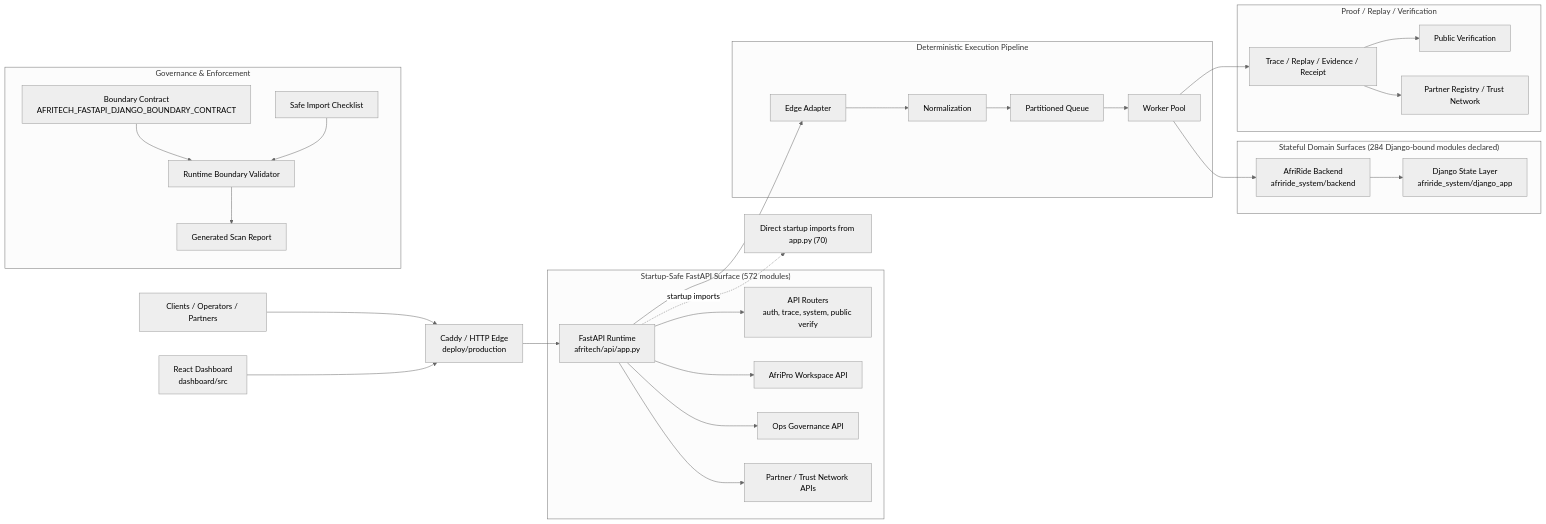
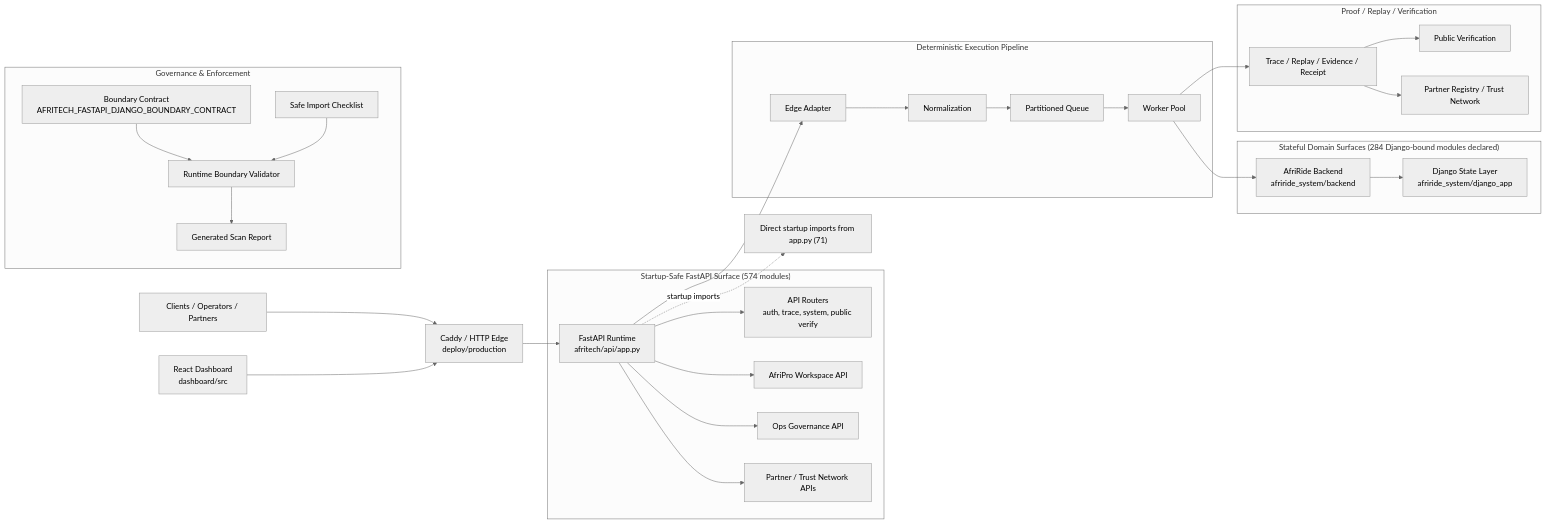
The first of 2 diagrams in docs/architecture/AFRITECH_FULL_ARCHITECTURE_GRAPH.md (Strelly2023/afritelematics), drawn with Mermaid (neutral theme) before and after one commit. The commit also changed other lines of this file and 12 other files, not shown here.

````diff
--- a/docs/architecture/AFRITECH_FULL_ARCHITECTURE_GRAPH.md
+++ b/docs/architecture/AFRITECH_FULL_ARCHITECTURE_GRAPH.md
@@ -22,39 +22,39 @@
 ```mermaid
 flowchart LR
     Client["Clients / Operators / Partners"] --> Edge["Caddy / HTTP Edge\ndeploy/production"]
     Dashboard["React Dashboard\ndashboard/src"] --> Edge
     Edge --> App["FastAPI Runtime\nafritech/api/app.py"]
 
-    subgraph FastAPI["Startup-Safe FastAPI Surface (572 modules)"]
+    subgraph FastAPI["Startup-Safe FastAPI Surface (574 modules)"]
         App --> Api["API Routers\nauth, trace, system, public verify"]
         App --> Workspace["AfriPro Workspace API"]
         App --> Governance["Ops Governance API"]
         App --> Trust["Partner / Trust Network APIs"]
     end
 
     subgraph Pipeline["Deterministic Execution Pipeline"]
         App --> Adapt["Edge Adapter"]
         Adapt --> Normalize["Normalization"]
         Normalize --> Queue["Partitioned Queue"]
         Queue --> Worker["Worker Pool"]
     end
 
     subgraph State["Stateful Domain Surfaces (284 Django-bound modules declared)"]
         Worker --> Domain["AfriRide Backend\nafriride_system/backend"]
         Domain --> Django["Django State Layer\nafriride_system/django_app"]
     end
 
     subgraph Proof["Proof / Replay / Verification"]
         Worker --> Trace["Trace / Replay / Evidence / Receipt"]
         Trace --> Public["Public Verification"]
         Trace --> Registry["Partner Registry / Trust Network"]
     end
 
     subgraph GovernancePlane["Governance & Enforcement"]
         Contract["Boundary Contract\nAFRITECH_FASTAPI_DJANGO_BOUNDARY_CONTRACT"] --> Validator["Runtime Boundary Validator"]
         Checklist["Safe Import Checklist"] --> Validator
         Validator --> Review["Generated Scan Report"]
     end
 
-    App -. startup imports .-> Imports["Direct startup imports from app.py (70)"]
+    App -. startup imports .-> Imports["Direct startup imports from app.py (71)"]
 ```
````
